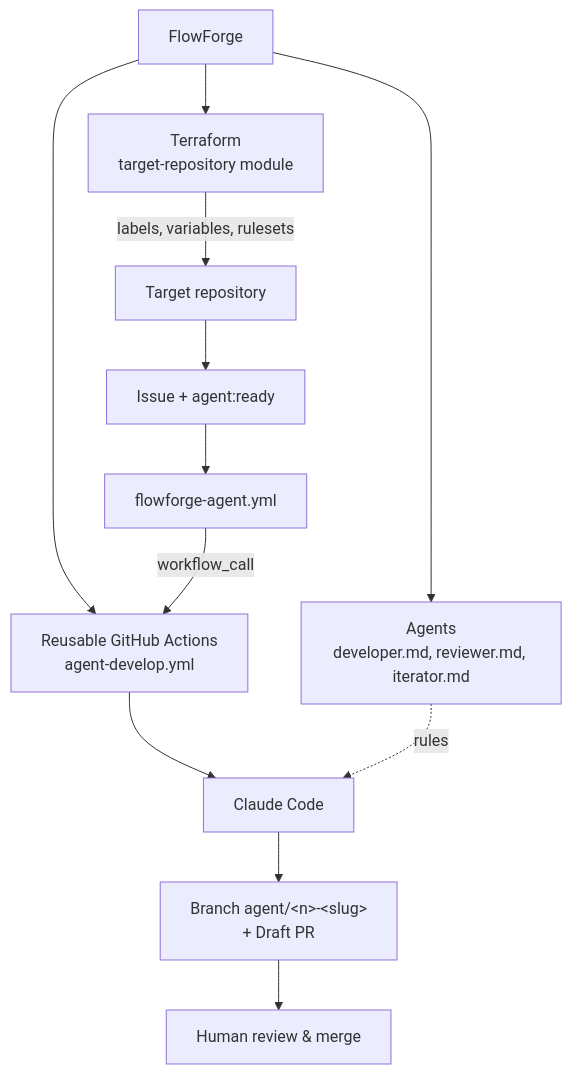
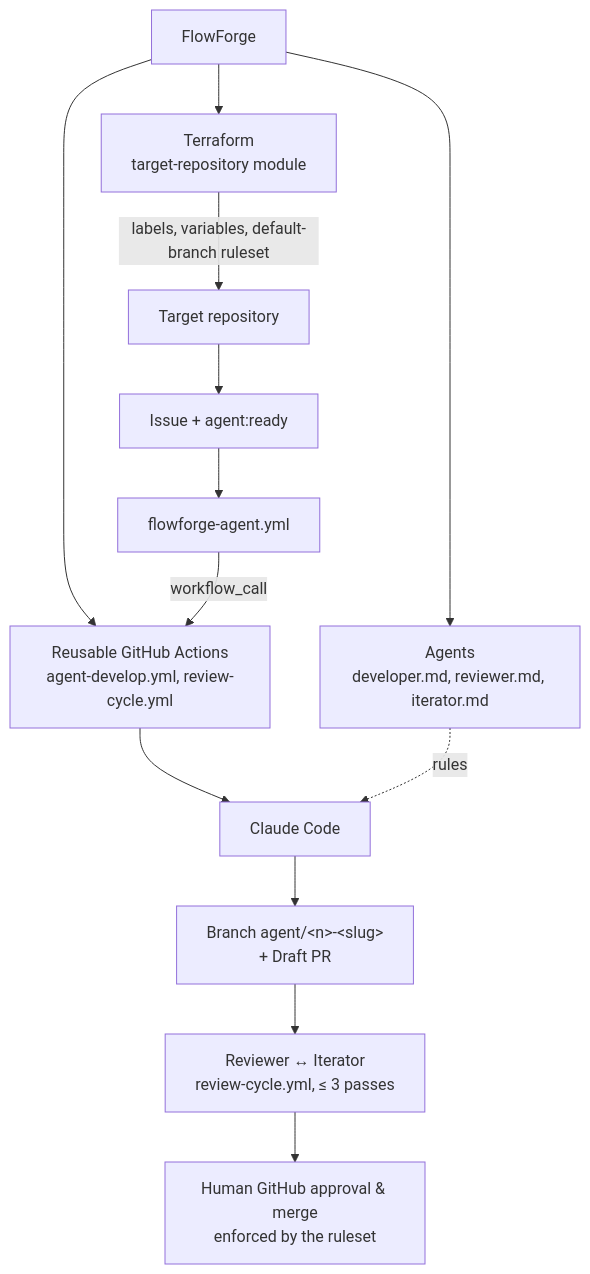
One commit to TiPunchLabs/flowforge changed the diagram in README.md. Above: the diagram before and after it, drawn with Mermaid. The commit also changed other lines of this file and 2 other files, not shown here.

First line of the commit message:
docs: align FlowForge phase 4 architecture

````diff
--- a/README.md
+++ b/README.md
@@ -34,15 +34,16 @@
 ```mermaid
 flowchart TD
     FF[FlowForge] --> TF[Terraform<br/>target-repository module]
-    FF --> WF[Reusable GitHub Actions<br/>agent-develop.yml]
+    FF --> WF[Reusable GitHub Actions<br/>agent-develop.yml, review-cycle.yml]
     FF --> AG[Agents<br/>developer.md, reviewer.md, iterator.md]
 
-    TF -- labels, variables, rulesets --> T[Target repository]
+    TF -- labels, variables, default-branch ruleset --> T[Target repository]
     T --> I[Issue + agent:ready]
     I --> C[flowforge-agent.yml]
     C -- workflow_call --> WF
     WF --> CC[Claude Code]
     AG -.rules.-> CC
     CC --> PR[Branch agent/&lt;n&gt;-&lt;slug&gt;<br/>+ Draft PR]
-    PR --> H[Human review & merge]
+    PR --> RC[Reviewer ↔ Iterator<br/>review-cycle.yml, ≤ 3 passes]
+    RC --> H[Human GitHub approval & merge<br/>enforced by the ruleset]
 ```
````
